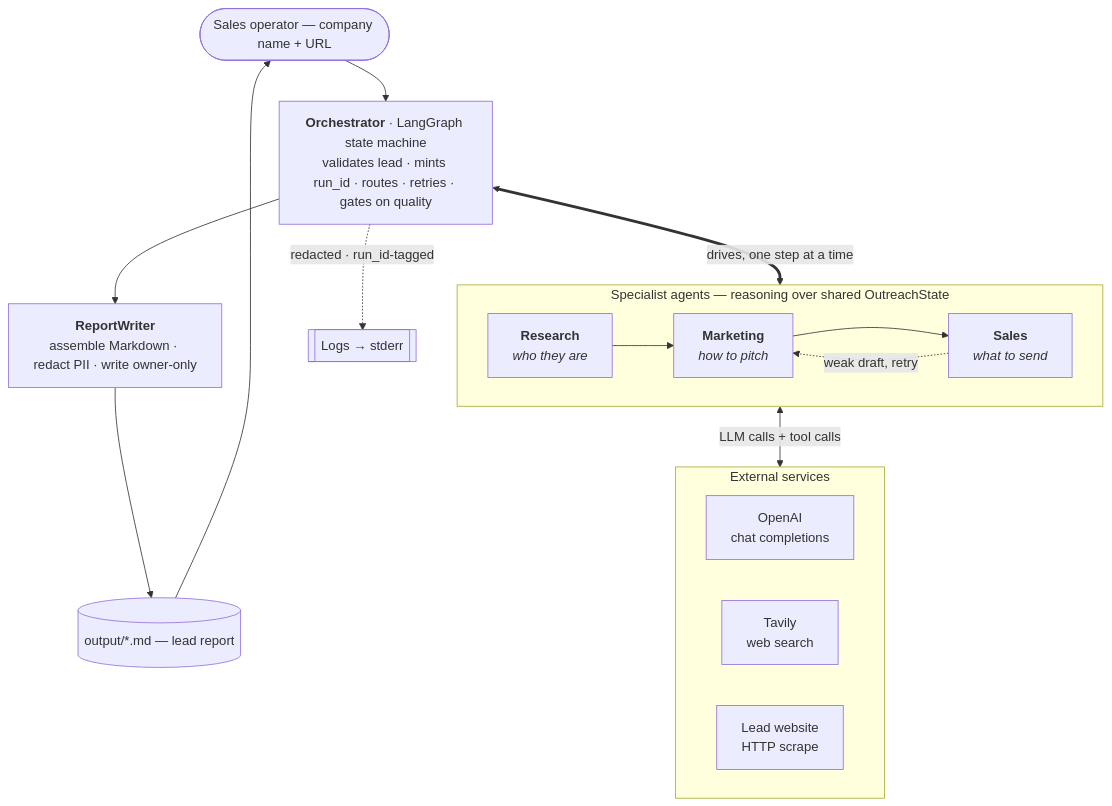
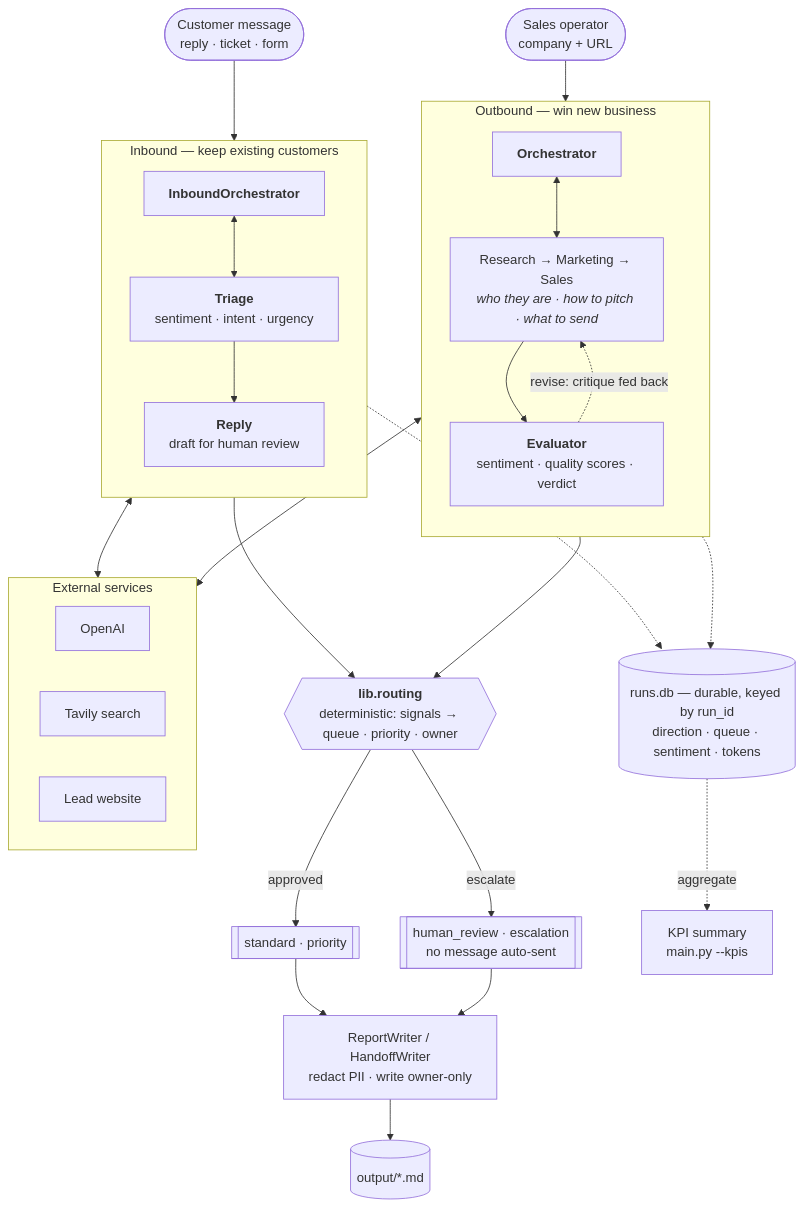
Before and after one commit to jrrene7/COA-Agent: the first of 10 diagrams in docs/architecture.md, drawn with Mermaid. The commit also changed other lines of this file and 36 other files, not shown here.

````diff
--- a/docs/architecture.md
+++ b/docs/architecture.md
@@ -9,29 +15,49 @@
 ```mermaid
 flowchart TD
-    OP(["Sales operator — company name + URL"]) --> ORCH
+    OP(["Sales operator<br/>company + URL"]) --> OORCH
+    CUST(["Customer message<br/>reply · ticket · form"]) --> IORCH
 
-    ORCH["<b>Orchestrator</b> · LangGraph state machine<br/>validates lead · mints run_id · routes · retries · gates on quality"]
-
-    ORCH <==>|"drives, one step at a time"| AGENTS
-
-    subgraph AGENTS["Specialist agents — reasoning over shared OutreachState"]
-        direction LR
-        RA["<b>Research</b><br/><i>who they are</i>"] --> MA["<b>Marketing</b><br/><i>how to pitch</i>"] --> SA["<b>Sales</b><br/><i>what to send</i>"]
-        SA -.->|"weak draft, retry"| MA
+    subgraph OUTB["Outbound — win new business"]
+        direction TB
+        OORCH["<b>Orchestrator</b>"]
+        OAGENTS["Research → Marketing → Sales<br/><i>who they are · how to pitch · what to send</i>"]
+        OEVAL["<b>Evaluator</b><br/>sentiment · quality scores · verdict"]
+        OORCH <--> OAGENTS
+        OAGENTS --> OEVAL
+        OEVAL -.->|"revise: critique fed back"| OAGENTS
     end
 
-    AGENTS <-->|"LLM calls + tool calls"| EXT
+    subgraph INB["Inbound — keep existing customers"]
+        direction TB
+        IORCH["<b>InboundOrchestrator</b>"]
+        ITRI["<b>Triage</b><br/>sentiment · intent · urgency"]
+        IREPLY["<b>Reply</b><br/>draft for human review"]
+        IORCH <--> ITRI
+        ITRI --> IREPLY
+    end
 
+    OEVAL --> ROUTE
+    ITRI --> ROUTE
+
+    ROUTE{{"<b>lib.routing</b><br/>deterministic: signals → queue · priority · owner"}}
+    ROUTE -->|"approved"| QUEUES[["standard · priority"]]
+    ROUTE -->|"escalate"| HUMAN[["human_review · escalation<br/>no message auto-sent"]]
+
+    QUEUES --> WRITE
+    HUMAN --> WRITE
+    WRITE["ReportWriter / HandoffWriter<br/>redact PII · write owner-only"] --> OUT[("output/*.md")]
+
+    OUTB <--> EXT
+    INB <--> EXT
     subgraph EXT["External services"]
         direction LR
-        LLM["OpenAI<br/>chat completions"]
-        TAV["Tavily<br/>web search"]
-        WEB["Lead website<br/>HTTP scrape"]
+        LLM["OpenAI"]
+        TAV["Tavily search"]
+        WEB["Lead website"]
     end
 
-    ORCH --> RW["<b>ReportWriter</b><br/>assemble Markdown · redact PII · write owner-only"]
-    RW --> OUT[("output/*.md — lead report")]
-    OUT --> OP
-
-    ORCH -.->|"redacted · run_id-tagged"| LOGS[["Logs → stderr"]]
+    OUTB -.-> DB
+    INB -.-> DB
+    DB[("runs.db — durable, keyed by run_id<br/>direction · queue · sentiment · tokens")]
+    DB -.->|"aggregate"| KPIS["KPI summary<br/>main.py --kpis"]
 ```
````
